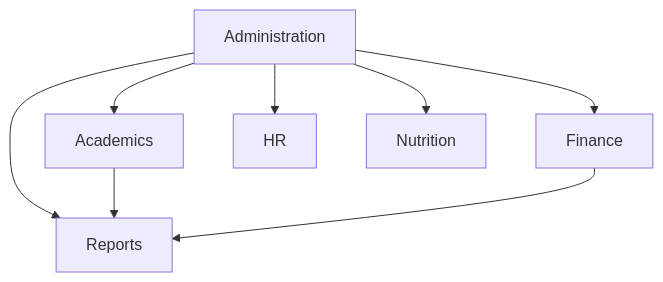
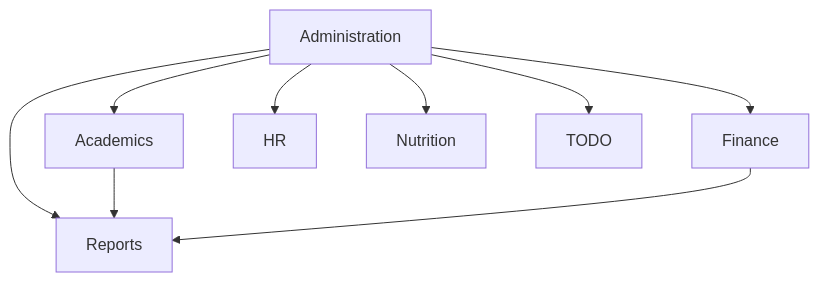
Before and after one commit to geniusdynamics/schoolpilot: the eighth of 11 diagrams in .qoder/repowiki/en/content/Modules System/Modules System.md, drawn with Mermaid. The commit also changed other lines of this file and 16 other files, not shown here.

````diff
--- a/.qoder/repowiki/en/content/Modules System/Modules System.md
+++ b/.qoder/repowiki/en/content/Modules System/Modules System.md
@@ -379,10 +484,11 @@
 ```mermaid
 graph TB
 A["Administration"] --> R["Reports"]
 AC["Academics"] --> R
 F["Finance"] --> R
 A --> AC
 A --> F
 A --> HR["HR"]
 A --> N["Nutrition"]
+A --> TODO["TODO"]
 ```
````
